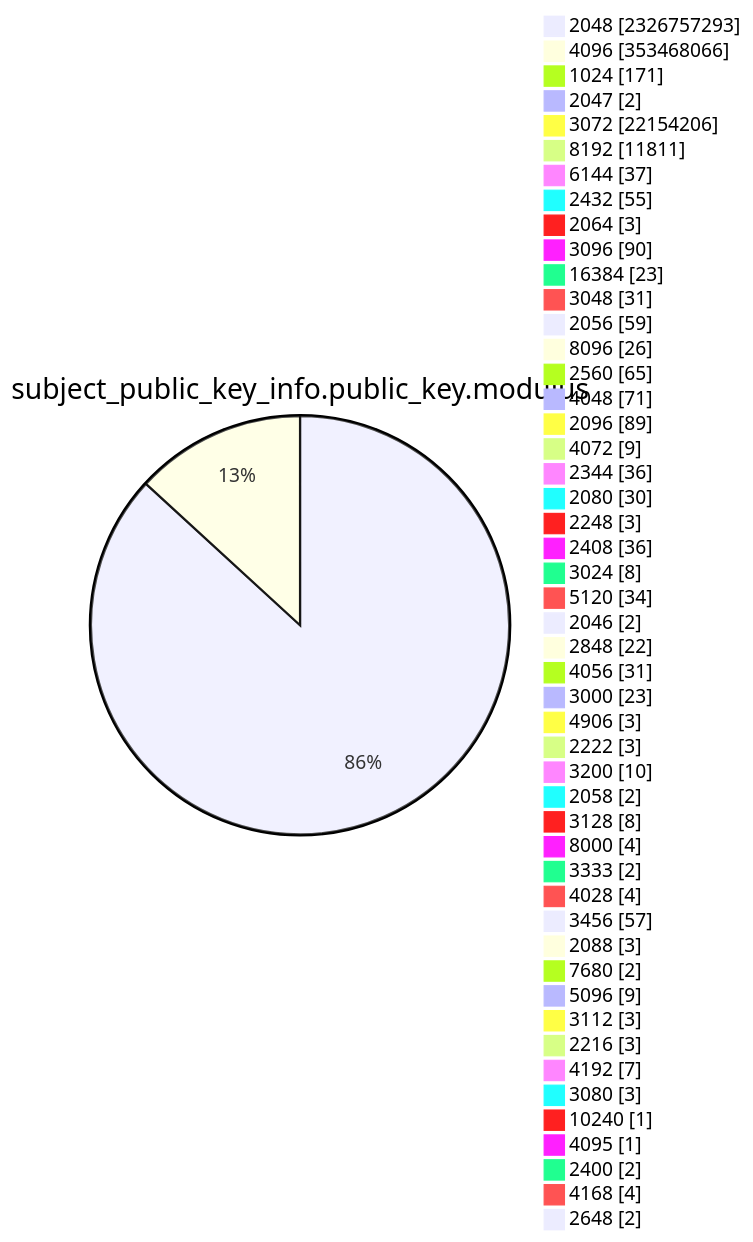
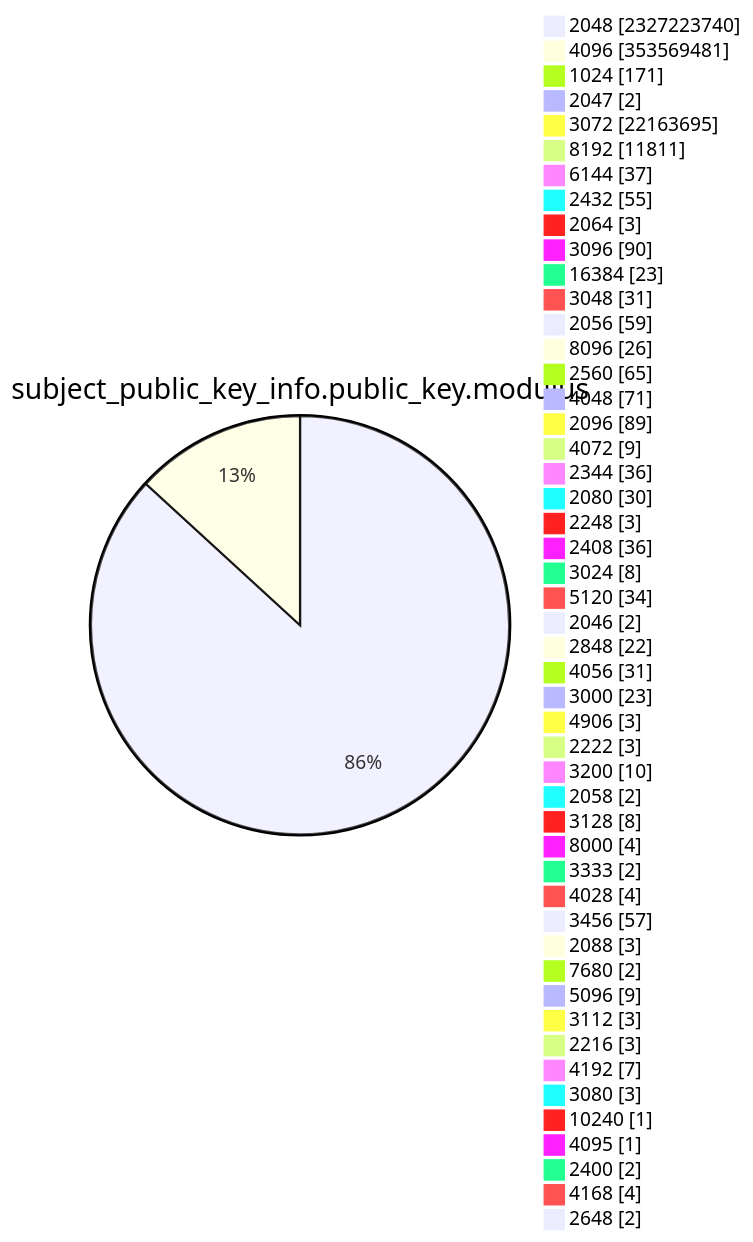
Diagram 13 of 15 in TOTAL/README.md (christiankrug/ctmonitor_visualization), drawn with Mermaid before and after one commit. The commit also changed other lines of this file, not shown here.

````diff
--- a/TOTAL/README.md
+++ b/TOTAL/README.md
@@ -4167,53 +4167,53 @@
 ```mermaid
 pie showData
 title subject_public_key_info.public_key.modulus
-"2048" :2326757293
-"4096" :353468066
+"2048" :2327223740
+"4096" :353569481
 "1024" :171
 "2047" :2
-"3072" :22154206
+"3072" :22163695
 "8192" :11811
 "6144" :37
 "2432" :55
 "2064" :3
 "3096" :90
 "16384" :23
 "3048" :31
 "2056" :59
 "8096" :26
 "2560" :65
 "4048" :71
 "2096" :89
 "4072" :9
 "2344" :36
 "2080" :30
 "2248" :3
 "2408" :36
 "3024" :8
 "5120" :34
 "2046" :2
 "2848" :22
 "4056" :31
 "3000" :23
 "4906" :3
 "2222" :3
 "3200" :10
 "2058" :2
 "3128" :8
 "8000" :4
 "3333" :2
 "4028" :4
 "3456" :57
 "2088" :3
 "7680" :2
 "5096" :9
 "3112" :3
 "2216" :3
 "4192" :7
 "3080" :3
 "10240" :1
 "4095" :1
 "2400" :2
 "4168" :4
 "2648" :2
 ```
````
